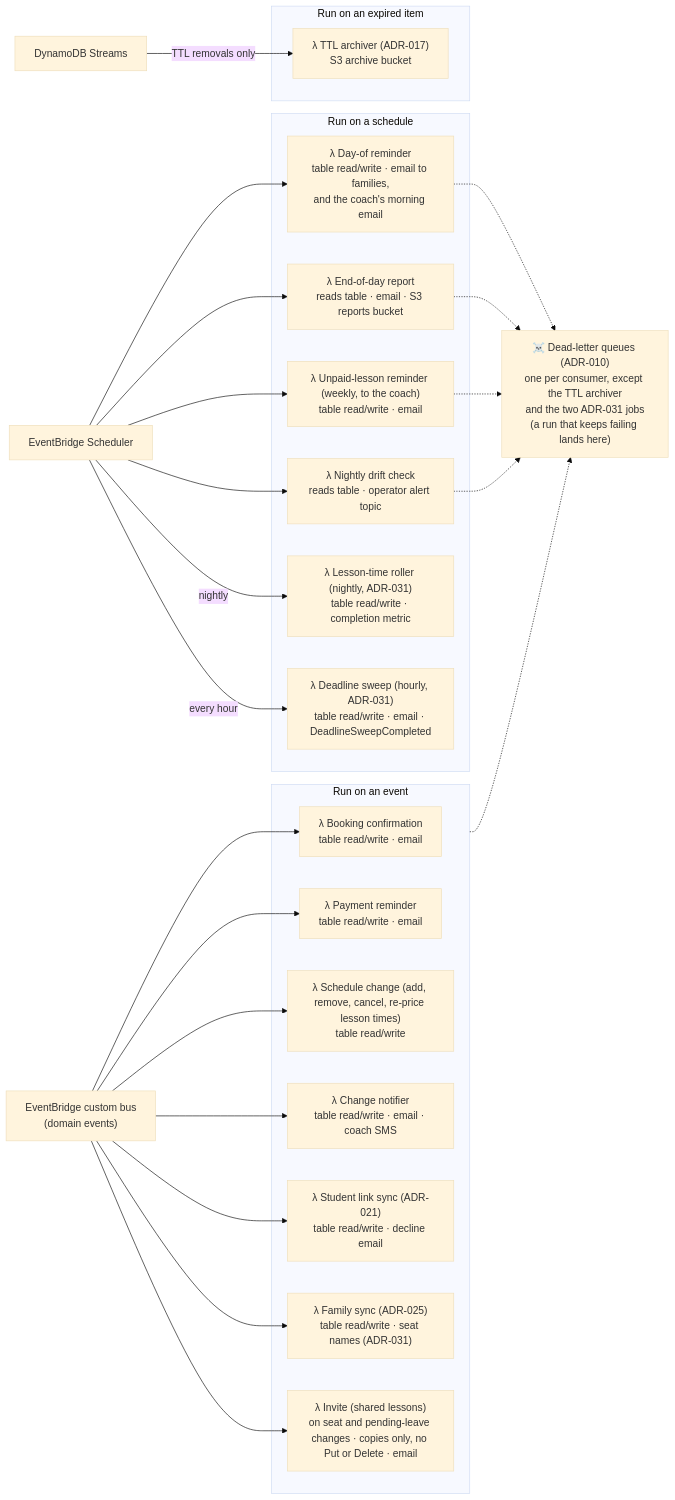
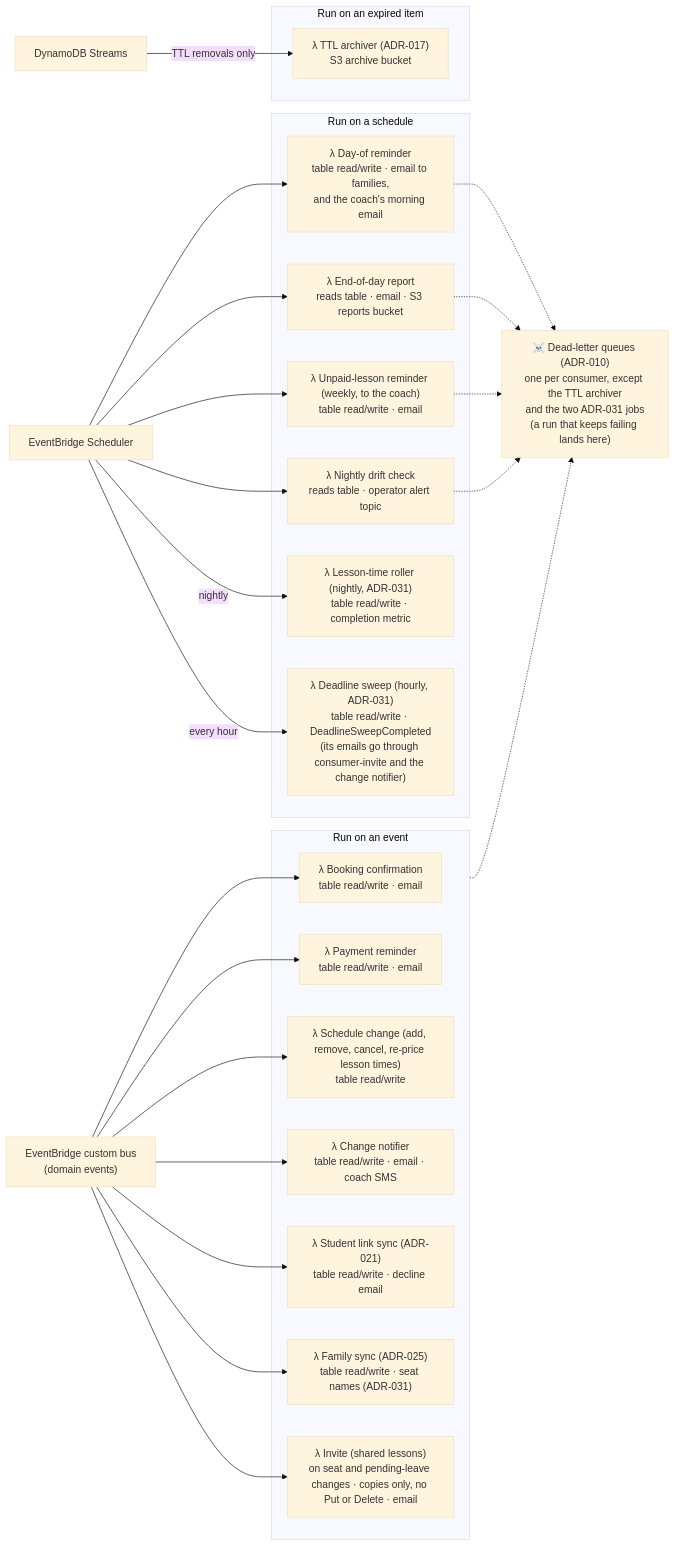
Before and after one commit to jessicamvega6/bladebook: the second of 29 diagrams in docs/architecture.md, drawn with Mermaid (base theme). The commit also changed other lines of this file and 32 other files, not shown here.

First line of the commit message:
Bring docs and diagrams in line with ADR-033 and today's decisions

````diff
--- a/docs/architecture.md
+++ b/docs/architecture.md
@@ -183,39 +183,39 @@
 ```mermaid
 flowchart LR
     Bus["EventBridge custom bus<br/>(domain events)"]
     Sched["EventBridge Scheduler"]
     Stream["DynamoDB Streams"]
 
     subgraph OnEvent["Run on an event"]
         L_Confirm["λ Booking confirmation<br/>table read/write · email"]
         L_Pay["λ Payment reminder<br/>table read/write · email"]
         L_Cancel["λ Schedule change (add, remove, cancel, re-price lesson times)<br/>table read/write"]
         L_Notify["λ Change notifier<br/>table read/write · email · coach SMS"]
         L_Link["λ Student link sync (ADR-021)<br/>table read/write · decline email"]
         L_Family["λ Family sync (ADR-025)<br/>table read/write · seat names (ADR-031)"]
         L_Invite["λ Invite (shared lessons)<br/>on seat and pending-leave changes · copies only, no Put or Delete · email"]
     end
 
     subgraph OnSchedule["Run on a schedule"]
         L_Remind["λ Day-of reminder<br/>table read/write · email to families,<br/>and the coach's morning email"]
         L_Report["λ End-of-day report<br/>reads table · email · S3 reports bucket"]
         L_Unpaid["λ Unpaid-lesson reminder (weekly, to the coach)<br/>table read/write · email"]
         L_Drift["λ Nightly drift check<br/>reads table · operator alert topic"]
         L_Roller["λ Lesson-time roller (nightly, ADR-031)<br/>table read/write · completion metric"]
-        L_Sweep["λ Deadline sweep (hourly, ADR-031)<br/>table read/write · email · DeadlineSweepCompleted"]
+        L_Sweep["λ Deadline sweep (hourly, ADR-031)<br/>table read/write · DeadlineSweepCompleted<br/>(its emails go through consumer-invite and the change notifier)"]
     end
 
     subgraph OnStream["Run on an expired item"]
         L_Archive["λ TTL archiver (ADR-017)<br/>S3 archive bucket"]
     end
 
     DLQ["☠️ Dead-letter queues (ADR-010)<br/>one per consumer, except the TTL archiver<br/>and the two ADR-031 jobs<br/>(a run that keeps failing lands here)"]
 
     Bus --> L_Confirm & L_Pay & L_Cancel & L_Notify & L_Link & L_Family & L_Invite
     Sched --> L_Remind & L_Report & L_Unpaid & L_Drift
     Sched -->|nightly| L_Roller
     Sched -->|every hour| L_Sweep
     Stream -->|TTL removals only| L_Archive
     OnEvent -.-> DLQ
     L_Remind & L_Report & L_Unpaid & L_Drift -.-> DLQ
 ```
````
